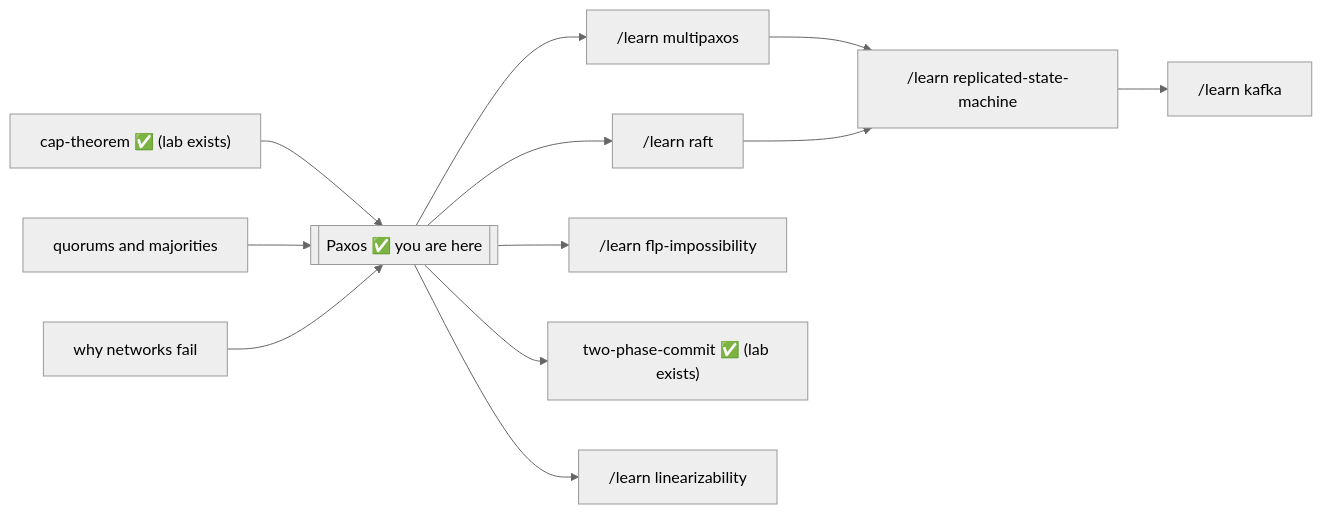
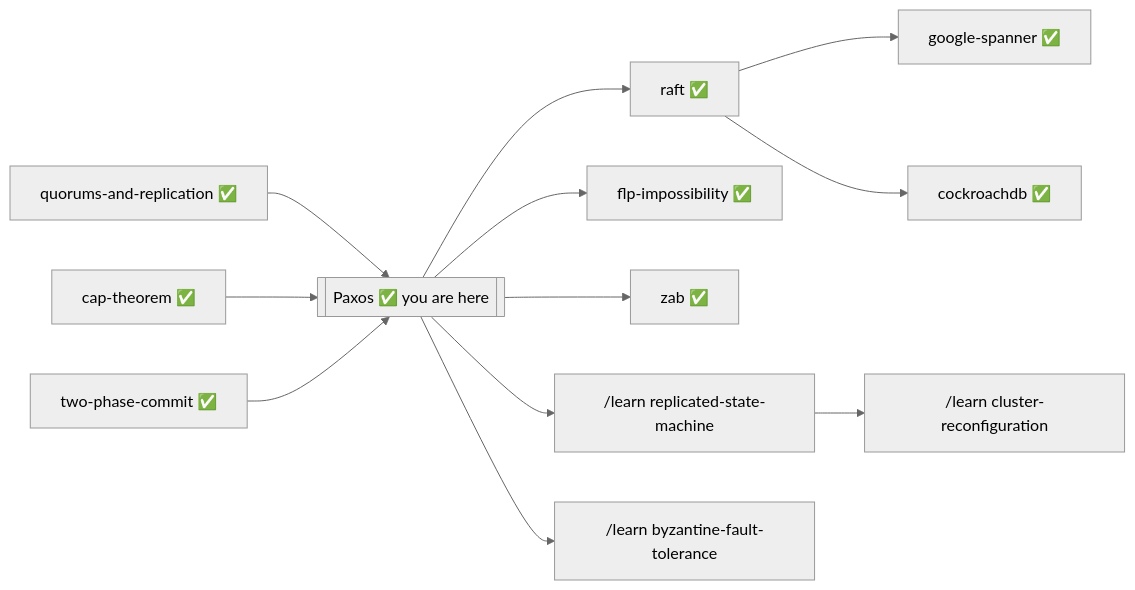
The fourth of 4 diagrams in paxos/README.md (ravivarmachaluvadi/Learning), drawn with Mermaid (neutral theme) before and after one commit. The commit also changed other lines of this file and 26 other files, not shown here.

First line of the commit message:
Add kafka-exactly-once and idempotent-consumer; rebuild paxos and cqrs as no-code labs

````diff
--- a/paxos/README.md
+++ b/paxos/README.md
@@ -617,14 +943,14 @@
 ```mermaid
 flowchart LR
-    CAP["cap-theorem ✅ (lab exists)"] --> PAX
-    Q[quorums and majorities] --> PAX
-    NET[why networks fail] --> PAX
-    PAX[["Paxos ✅ you are here"]] --> MP["/learn multipaxos"]
-    PAX --> RAFT["/learn raft"]
-    PAX --> FLP["/learn flp-impossibility"]
-    MP --> RSM["/learn replicated-state-machine"]
-    RAFT --> RSM
-    RSM --> KAFKA["/learn kafka"]
-    PAX --> TPC["two-phase-commit ✅ (lab exists)"]
-    PAX --> LIN["/learn linearizability"]
+    Q["quorums-and-replication ✅"] --> PAX
+    CAP["cap-theorem ✅"] --> PAX
+    TPC["two-phase-commit ✅"] --> PAX
+    PAX[["Paxos ✅ you are here"]] --> RAFT["raft ✅"]
+    PAX --> FLP["flp-impossibility ✅"]
+    PAX --> ZAB["zab ✅"]
+    RAFT --> SPAN["google-spanner ✅"]
+    RAFT --> CRDB["cockroachdb ✅"]
+    PAX --> RSM["/learn replicated-state-machine"]
+    PAX --> BFT["/learn byzantine-fault-tolerance"]
+    RSM --> RECON["/learn cluster-reconfiguration"]
 ```
````
